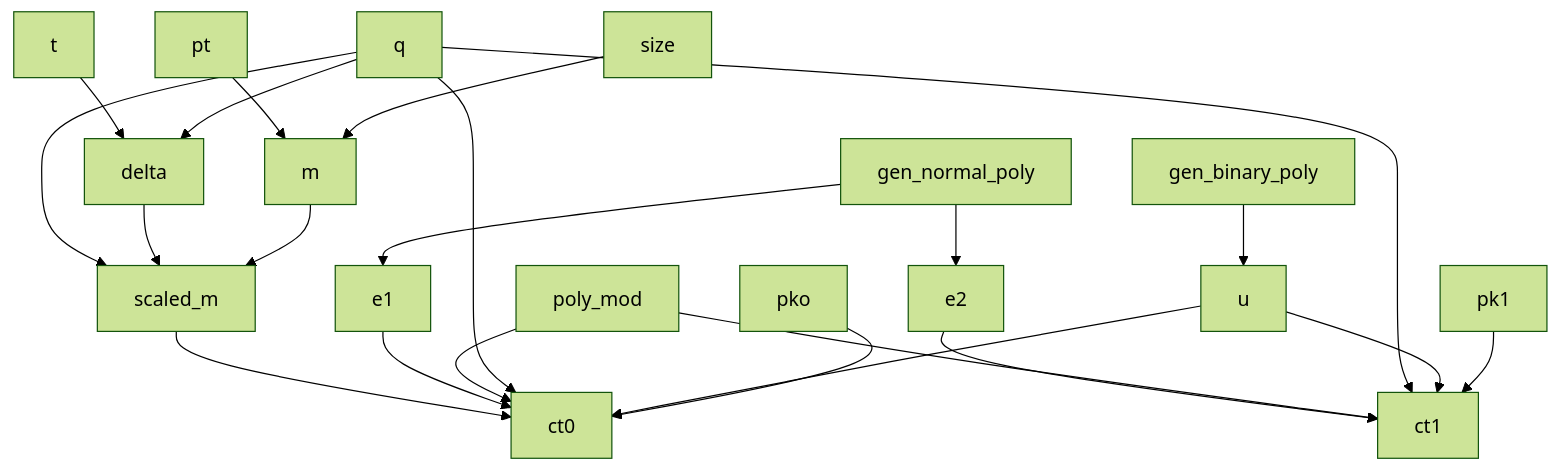
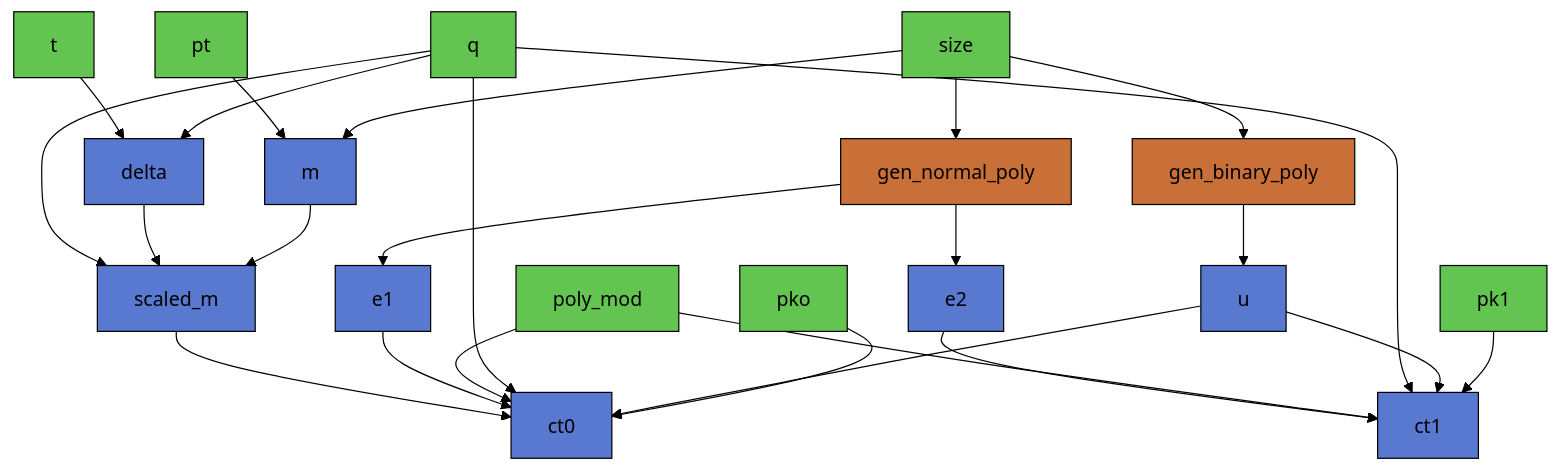
The first of 2 diagrams in README.md (JoshuaTurner3/kitctfctf_2022), drawn with Mermaid (forest theme) before and after one commit. The commit also changed other lines of this file, not shown here.

````diff
--- a/README.md
+++ b/README.md
@@ -8,30 +20,36 @@
   ```mermaid
 graph TD
-    size--> m
-    pt--> m
+    classDef default fill:#5978cf,stroke:#000,color:#000
+    classDef input fill:#64c452,stroke:#000,color:#000
+    classDef function fill:#c97038,stroke:#000,color:#000
 
-    q-->delta
-    t-->delta
+    size:::input--> m
+    pt:::input--> m
+
+    q:::input-->delta
+    t:::input-->delta
 
     m --> scaled_m
     delta --> scaled_m
-    q--> scaled_m
+    q:::input--> scaled_m
 
 
-    gen_normal_poly --> e1
-    gen_normal_poly --> e2
-    gen_binary_poly --> u
+    size --> gen_normal_poly
+    size --> gen_binary_poly
+    gen_normal_poly:::function --> e1
+    gen_normal_poly:::function --> e2
+    gen_binary_poly:::function --> u
 
-    pko --> ct0
+    pko:::input --> ct0
     u --> ct0
     q --> ct0
-    poly_mod --> ct0
+    poly_mod:::input --> ct0
     e1 --> ct0
     scaled_m --> ct0
 
-    pk1 --> ct1
+    pk1:::input --> ct1
     u --> ct1
     q --> ct1
     poly_mod -->ct1
     e2 --> ct1
   ```
````
